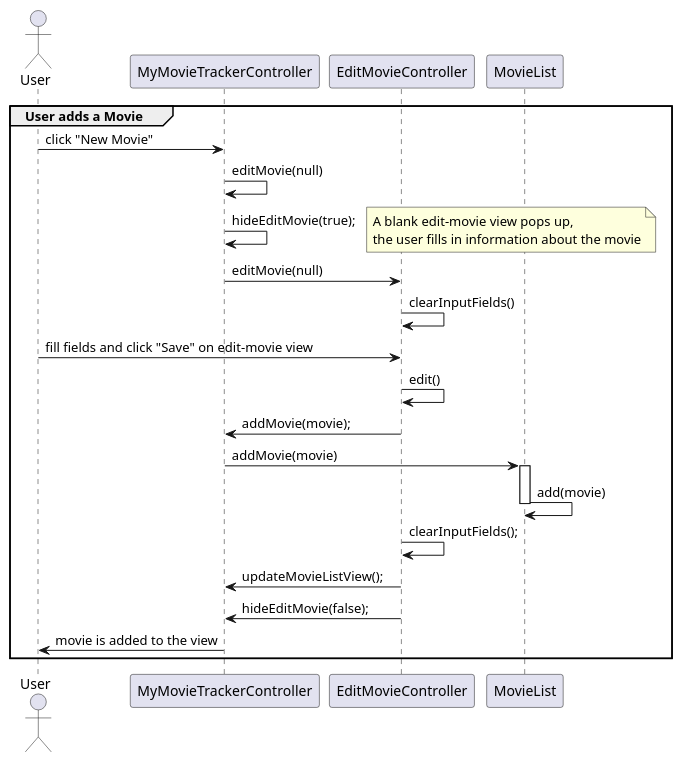
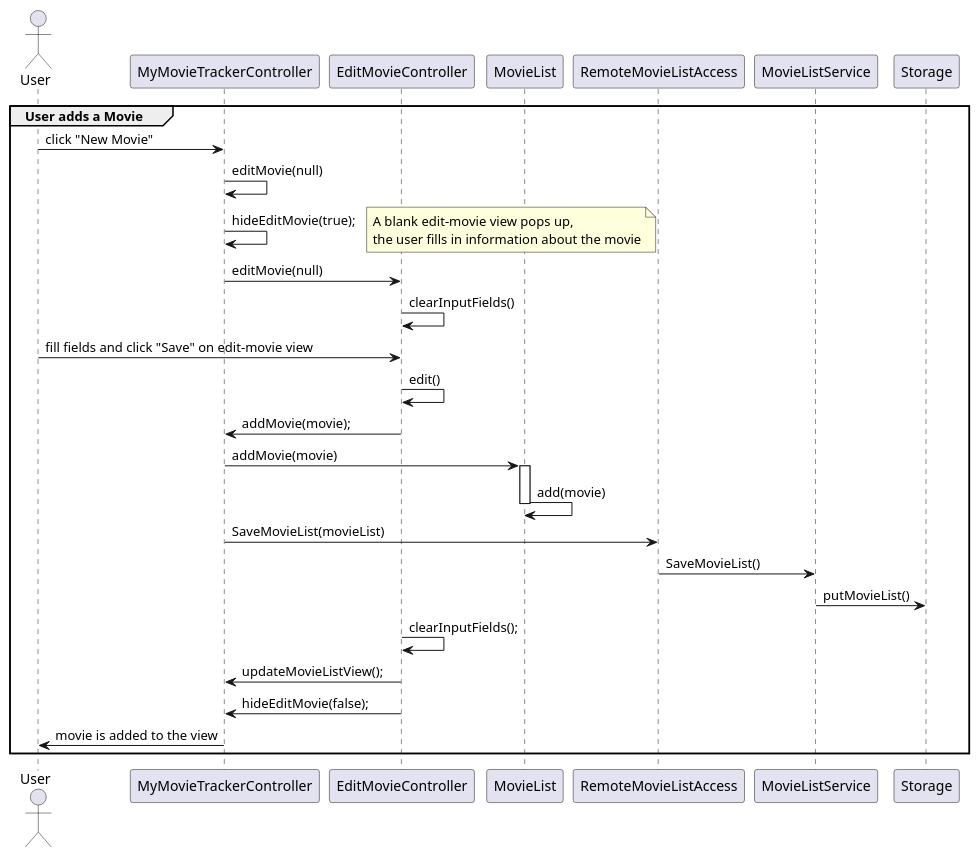
One commit to AndreasMarken/IT1901 changed the diagram in mmt/diagrams/sequence-diagram.puml. Above: the diagram before and after it, drawn with PlantUML. The commit also changed 1 other file, not shown here.

Commit message:
Issue: #55. Updated the sequence diagram to also show rest methods.

```diff
--- a/mmt/diagrams/sequence-diagram.puml
+++ b/mmt/diagrams/sequence-diagram.puml
@@ -2,41 +2,46 @@
 @startuml "sequence-diagram"
 actor User as user
 
 group User adds a Movie
 user -> MyMovieTrackerController : click "New Movie" 
 
 MyMovieTrackerController -> MyMovieTrackerController : editMovie(null)
 MyMovieTrackerController -> MyMovieTrackerController: hideEditMovie(true);
 
 note right
   A blank edit-movie view pops up,
   the user fills in information about the movie
 end note
 
 MyMovieTrackerController -> EditMovieController: editMovie(null)
 EditMovieController-> EditMovieController: clearInputFields()
 user-> EditMovieController: fill fields and click "Save" on edit-movie view
 EditMovieController-> EditMovieController: edit()
 EditMovieController-> MyMovieTrackerController: addMovie(movie);
 MyMovieTrackerController -> MovieList: addMovie(movie)
 
 
 activate MovieList
 MovieList -> MovieList: add(movie)
 deactivate MovieList
+
+MyMovieTrackerController -> RemoteMovieListAccess: SaveMovieList(movieList)
+RemoteMovieListAccess -> MovieListService: SaveMovieList()
+MovieListService -> Storage: putMovieList()
+
 EditMovieController-> EditMovieController: clearInputFields();
 
 EditMovieController-> MyMovieTrackerController: updateMovieListView();
 
 EditMovieController -> MyMovieTrackerController: hideEditMovie(false);
 
 MyMovieTrackerController -> user: movie is added to the view
 
 
 
 
 
 
 end
 
 @enduml
```
